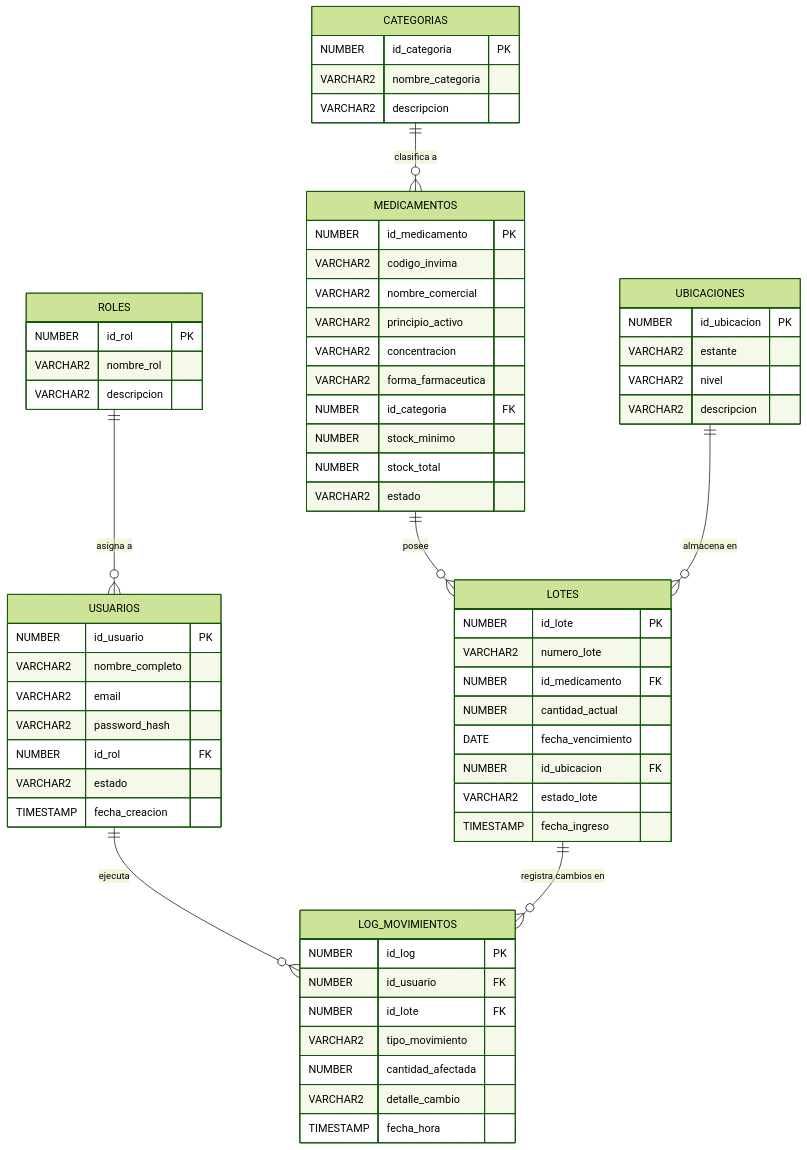
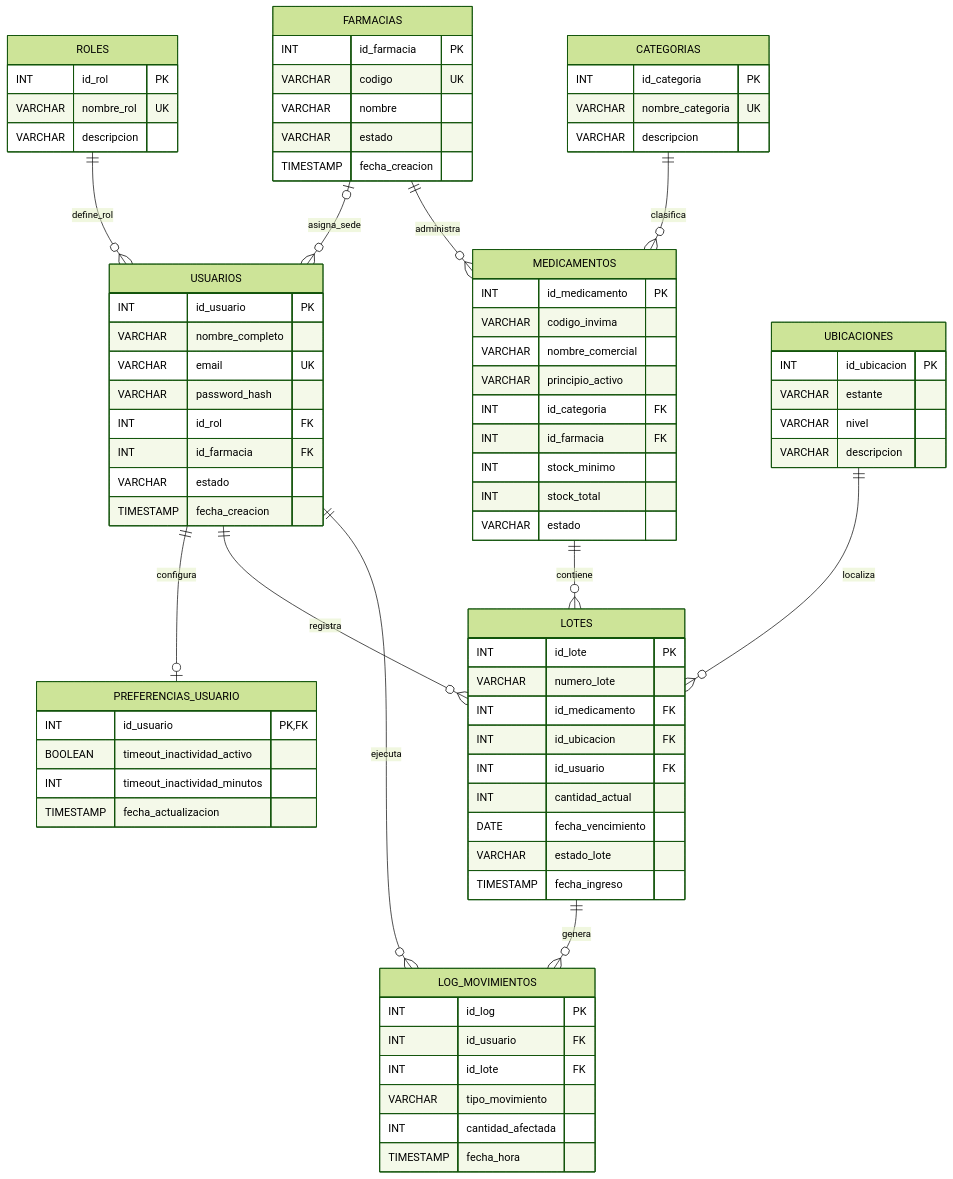
The first of 3 diagrams in docs/architecture/DocBase.md (puj-course/FIS_2630_1204_G1), drawn with Mermaid (forest theme) before and after one commit. The commit also changed other lines of this file, not shown here.

First line of the commit message:
Revise database documentation for CareStock architecture

````diff
--- a/docs/architecture/DocBase.md
+++ b/docs/architecture/DocBase.md
@@ -19,66 +48,84 @@
 ```mermaid
 erDiagram
-    ROLES ||--o{ USUARIOS : "asigna a"
-    CATEGORIAS ||--o{ MEDICAMENTOS : "clasifica a"
-    MEDICAMENTOS ||--o{ LOTES : "posee"
-    UBICACIONES ||--o{ LOTES : "almacena en"
-    USUARIOS ||--o{ LOG_MOVIMIENTOS : "ejecuta"
-    LOTES ||--o{ LOG_MOVIMIENTOS : "registra cambios en"
+    direction TB
+    ROLES ||--o{ USUARIOS : define_rol
+    FARMACIAS o|--o{ USUARIOS : asigna_sede
+    USUARIOS ||--o| PREFERENCIAS_USUARIO : configura
+    FARMACIAS ||--o{ MEDICAMENTOS : administra
+    CATEGORIAS ||--o{ MEDICAMENTOS : clasifica
+    MEDICAMENTOS ||--o{ LOTES : contiene
+    UBICACIONES ||--o{ LOTES : localiza
+    USUARIOS ||--o{ LOTES : registra
+    USUARIOS ||--o{ LOG_MOVIMIENTOS : ejecuta
+    LOTES ||--o{ LOG_MOVIMIENTOS : genera
 
     ROLES {
-        NUMBER id_rol PK
-        VARCHAR2 nombre_rol
-        VARCHAR2 descripcion
+        INT id_rol PK
+        VARCHAR nombre_rol UK
+        VARCHAR descripcion
+    }
+    FARMACIAS {
+        INT id_farmacia PK
+        VARCHAR codigo UK
+        VARCHAR nombre
+        VARCHAR estado
+        TIMESTAMP fecha_creacion
     }
     USUARIOS {
-        NUMBER id_usuario PK
-        VARCHAR2 nombre_completo
-        VARCHAR2 email
-        VARCHAR2 password_hash
-        NUMBER id_rol FK
-        VARCHAR2 estado
+        INT id_usuario PK
+        VARCHAR nombre_completo
+        VARCHAR email UK
+        VARCHAR password_hash
+        INT id_rol FK
+        INT id_farmacia FK
+        VARCHAR estado
         TIMESTAMP fecha_creacion
     }
+    PREFERENCIAS_USUARIO {
+        INT id_usuario PK,FK
+        BOOLEAN timeout_inactividad_activo
+        INT timeout_inactividad_minutos
+        TIMESTAMP fecha_actualizacion
+    }
     CATEGORIAS {
-        NUMBER id_categoria PK
-        VARCHAR2 nombre_categoria
-        VARCHAR2 descripcion
+        INT id_categoria PK
+        VARCHAR nombre_categoria UK
+        VARCHAR descripcion
     }
     MEDICAMENTOS {
-        NUMBER id_medicamento PK
-        VARCHAR2 codigo_invima
-        VARCHAR2 nombre_comercial
-        VARCHAR2 principio_activo
-        VARCHAR2 concentracion
-        VARCHAR2 forma_farmaceutica
-        NUMBER id_categoria FK
-        NUMBER stock_minimo
-        NUMBER stock_total
-        VARCHAR2 estado
+        INT id_medicamento PK
+        VARCHAR codigo_invima
+        VARCHAR nombre_comercial
+        VARCHAR principio_activo
+        INT id_categoria FK
+        INT id_farmacia FK
+        INT stock_minimo
+        INT stock_total
+        VARCHAR estado
     }
     UBICACIONES {
-        NUMBER id_ubicacion PK
-        VARCHAR2 estante
-        VARCHAR2 nivel
-        VARCHAR2 descripcion
+        INT id_ubicacion PK
+        VARCHAR estante
+        VARCHAR nivel
+        VARCHAR descripcion
     }
     LOTES {
-        NUMBER id_lote PK
-        VARCHAR2 numero_lote
-        NUMBER id_medicamento FK
-        NUMBER cantidad_actual
+        INT id_lote PK
+        VARCHAR numero_lote
+        INT id_medicamento FK
+        INT id_ubicacion FK
+        INT id_usuario FK
+        INT cantidad_actual
         DATE fecha_vencimiento
-        NUMBER id_ubicacion FK
-        VARCHAR2 estado_lote
+        VARCHAR estado_lote
         TIMESTAMP fecha_ingreso
     }
     LOG_MOVIMIENTOS {
-        NUMBER id_log PK
-        NUMBER id_usuario FK
-        NUMBER id_lote FK
-        VARCHAR2 tipo_movimiento
-        NUMBER cantidad_afectada
-        VARCHAR2 detalle_cambio
+        INT id_log PK
+        INT id_usuario FK
+        INT id_lote FK
+        VARCHAR tipo_movimiento
+        INT cantidad_afectada
         TIMESTAMP fecha_hora
     }
 ```
````
